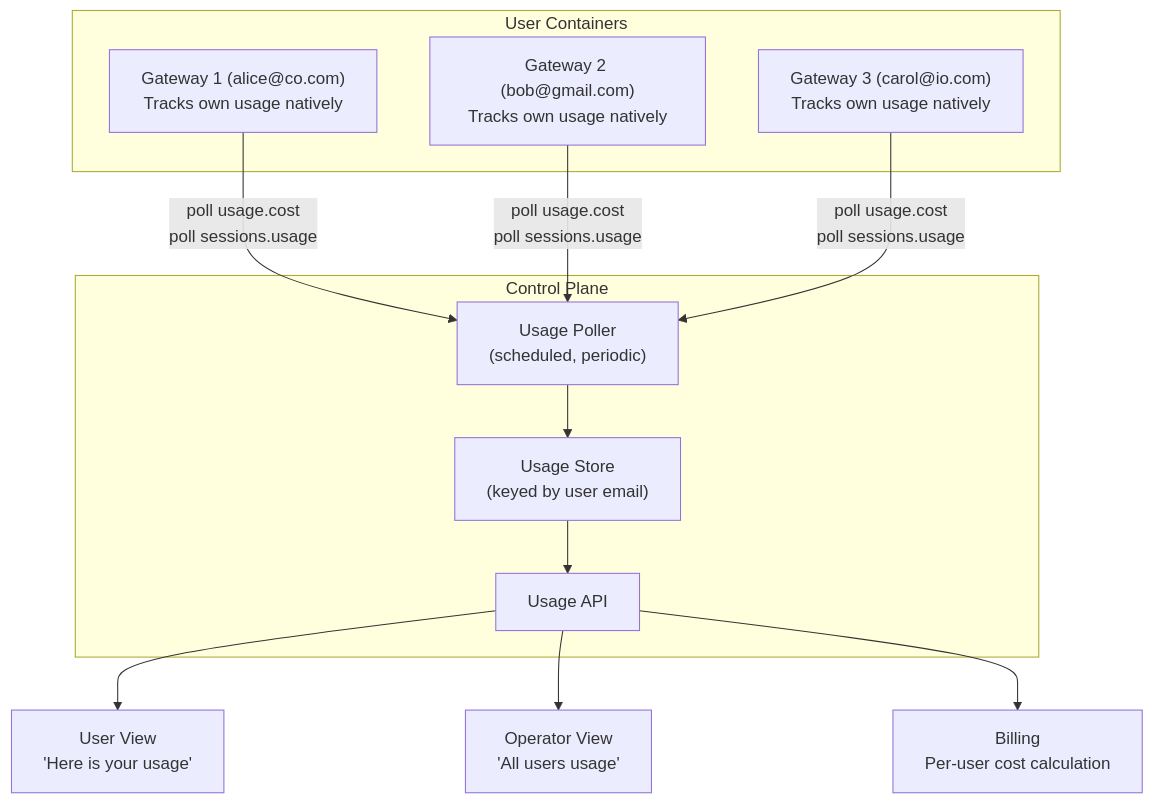
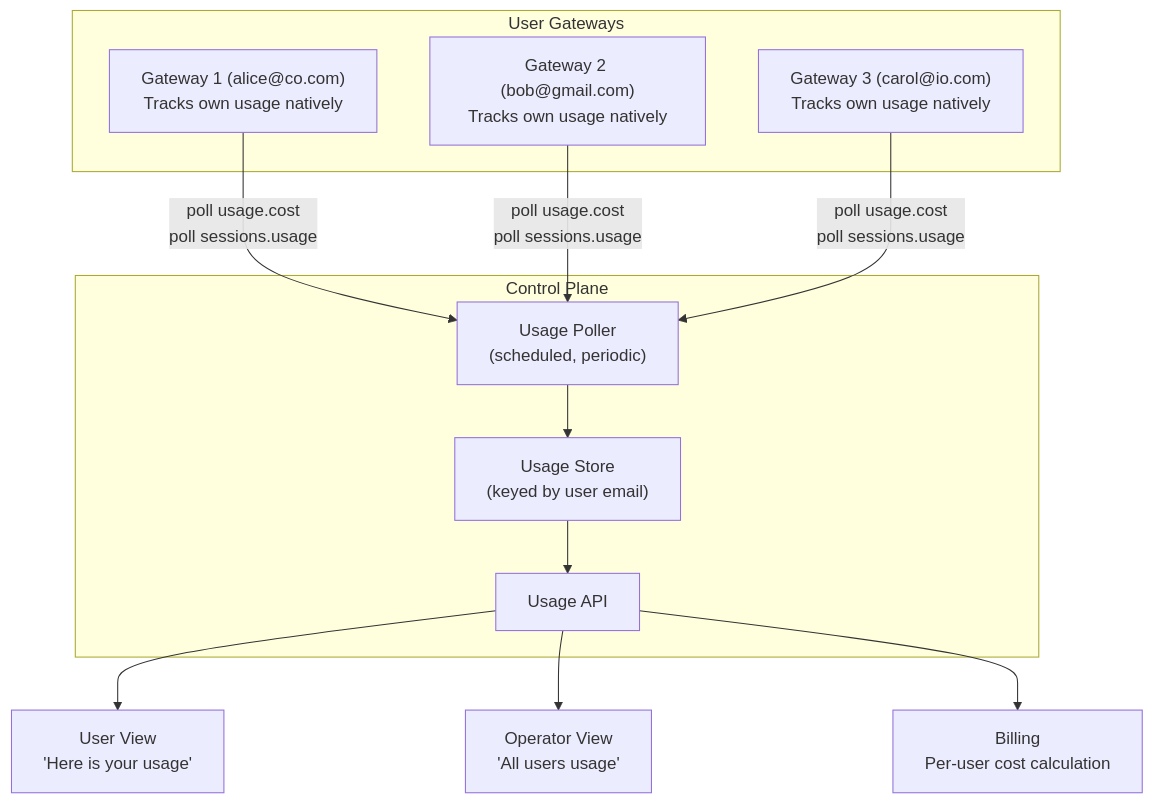
Before and after one commit to 1qh/claw: the diagram in brainstorm/observability.md, drawn with Mermaid. The commit also changed other lines of this file and 9 other files, not shown here.

Commit message:
Update all files: replace container refs with gateway process architecture

````diff
--- a/brainstorm/observability.md
+++ b/brainstorm/observability.md
@@ -59,25 +59,25 @@
 ```mermaid
 graph TB
-    subgraph "User Containers"
+    subgraph "User Gateways"
         GW1["Gateway 1 (alice@co.com)\nTracks own usage natively"]
         GW2["Gateway 2 (bob@gmail.com)\nTracks own usage natively"]
         GW3["Gateway 3 (carol@io.com)\nTracks own usage natively"]
     end
 
     subgraph "Control Plane"
         POLLER["Usage Poller\n(scheduled, periodic)"]
         STORE["Usage Store\n(keyed by user email)"]
         API["Usage API"]
     end
 
     GW1 -->|"poll usage.cost\npoll sessions.usage"| POLLER
     GW2 -->|"poll usage.cost\npoll sessions.usage"| POLLER
     GW3 -->|"poll usage.cost\npoll sessions.usage"| POLLER
 
     POLLER --> STORE
     STORE --> API
 
     API --> USER_VIEW["User View\n'Here is your usage'"]
     API --> OPERATOR_VIEW["Operator View\n'All users usage'"]
     API --> BILLING["Billing\nPer-user cost calculation"]
 ```
````
